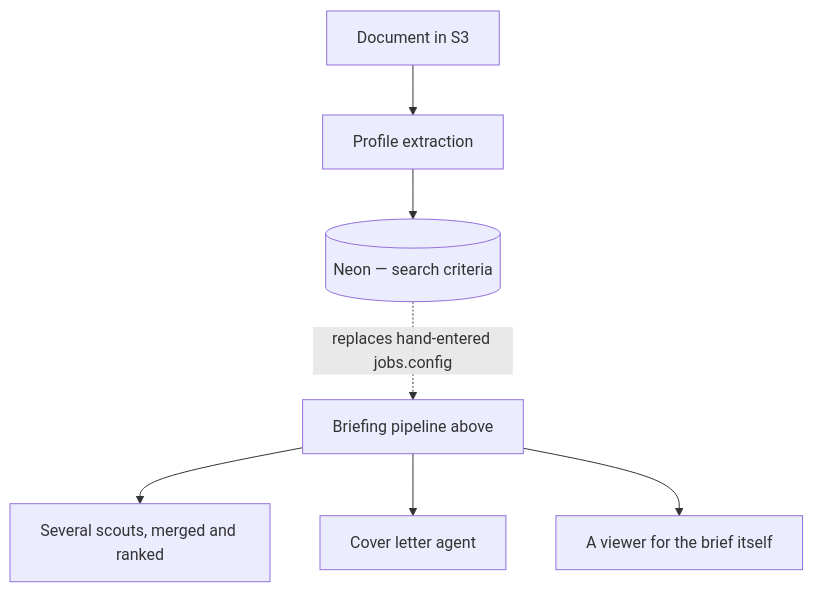
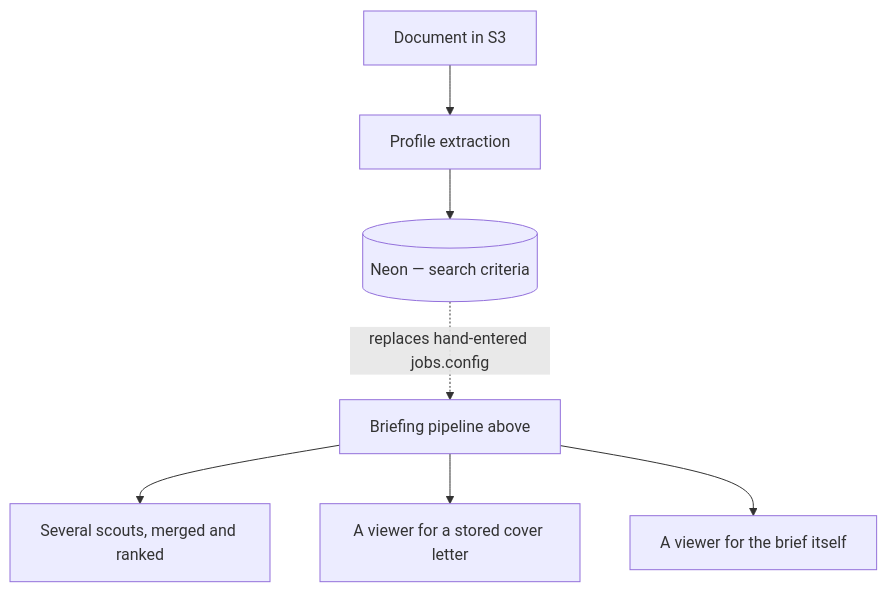
The second of 2 diagrams in OVERVIEW.md (sunnyeyles/control-panel), drawn with Mermaid before and after one commit. The commit also changed other lines of this file and 25 other files, not shown here.

First line of the commit message:
Draft and store a cover letter from a Posting

````diff
--- a/OVERVIEW.md
+++ b/OVERVIEW.md
@@ -86,9 +86,9 @@
 ```mermaid
 flowchart TD
     B[Document in S3] --> C[Profile extraction]
     C --> D[(Neon — search criteria)]
     D -.->|replaces hand-entered jobs.config| P[Briefing pipeline above]
     P --> M[Several scouts, merged and ranked]
-    P --> N[Cover letter agent]
+    P --> N[A viewer for a stored cover letter]
     P --> Q[A viewer for the brief itself]
 ```
````
